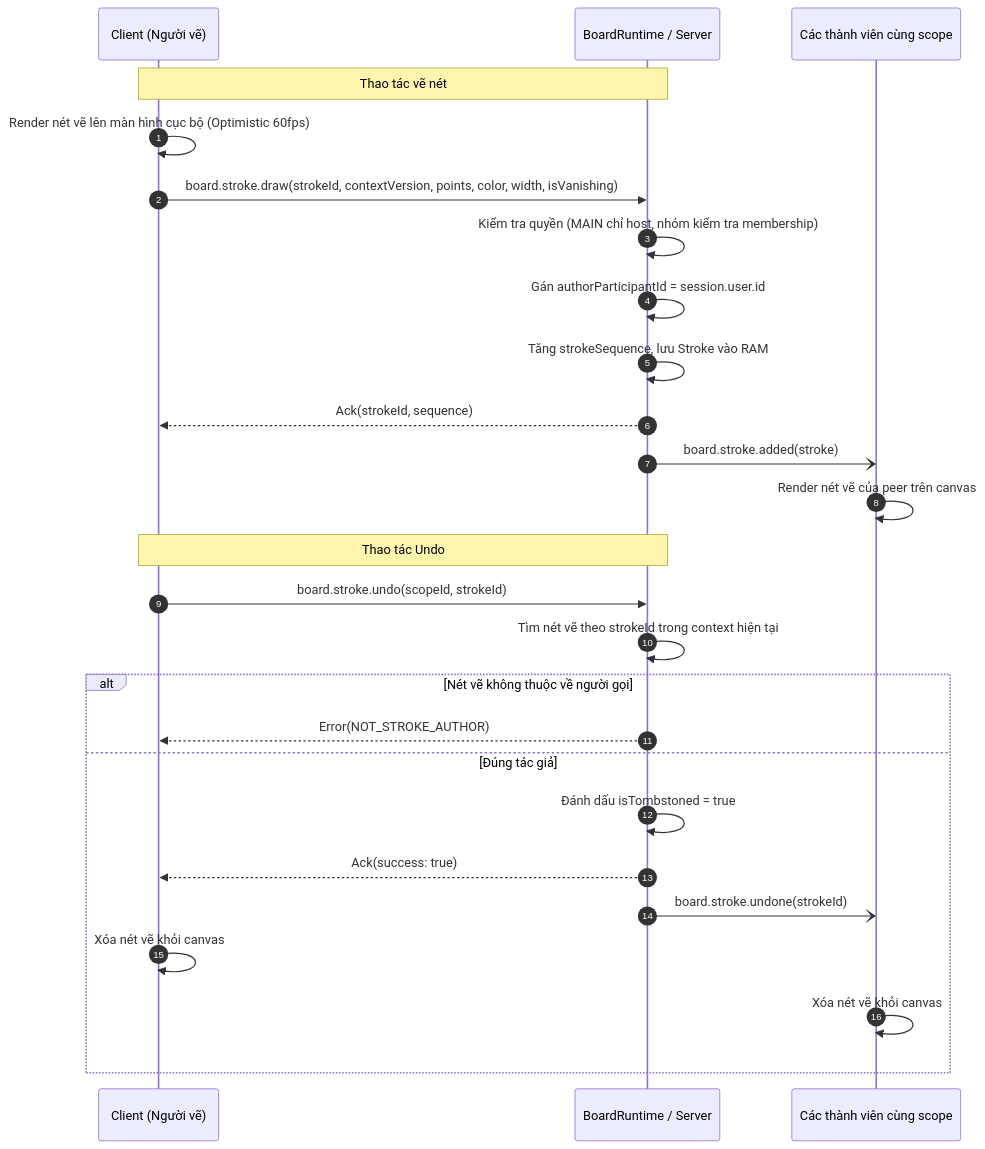
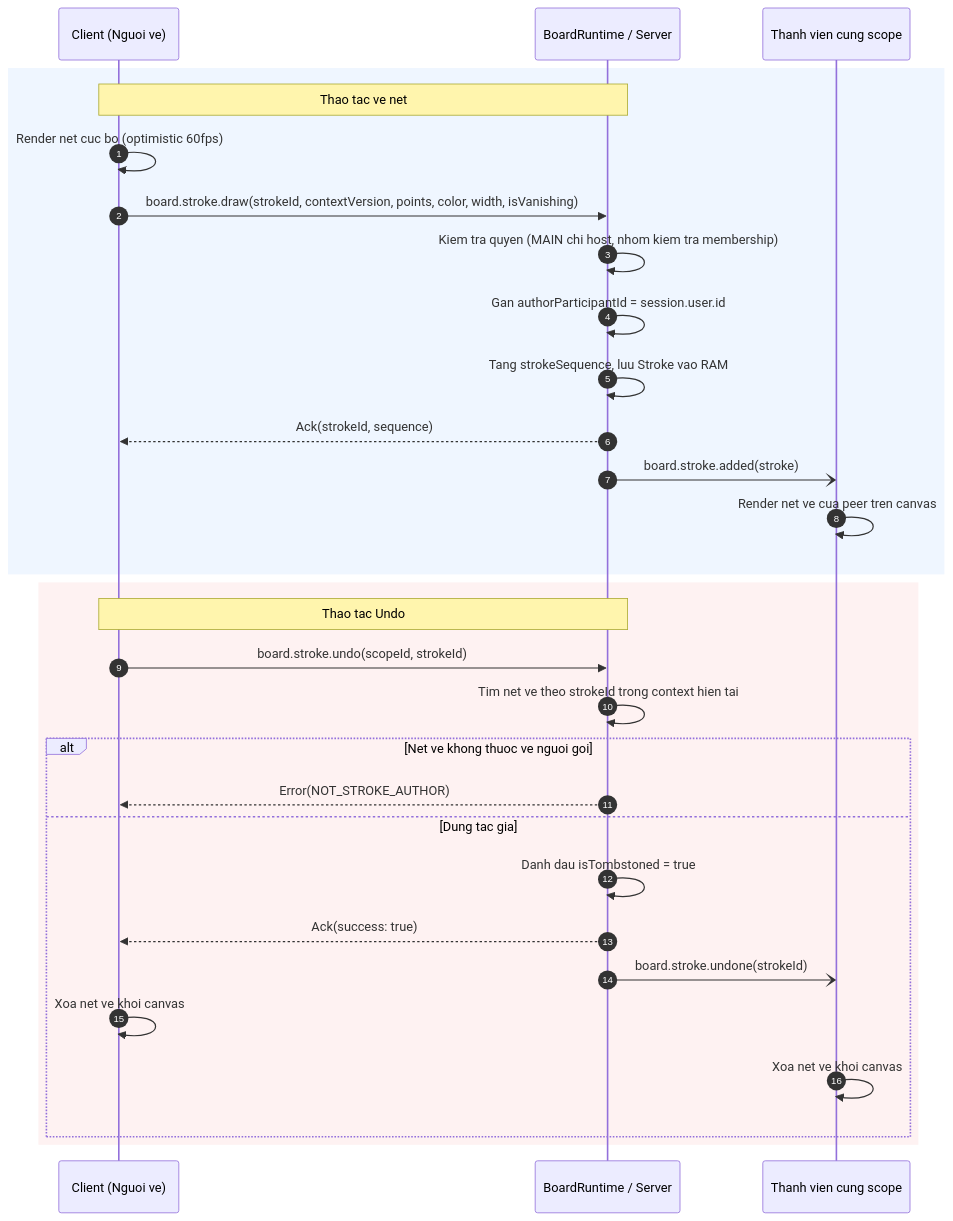
Before and after one commit to Lightning1507/CoLearnia: the seventh of 13 diagrams in docs/proposals/m5-board.md, drawn with Mermaid. The commit also changed other lines of this file, not shown here.

Commit message:
docs(board): enhance proposal with state machines, matrices, and glossary

````diff
--- a/docs/proposals/m5-board.md
+++ b/docs/proposals/m5-board.md
@@ -448,30 +643,34 @@
 ```mermaid
 sequenceDiagram
   autonumber
-  participant C as Client (Người vẽ)
+  participant C as Client (Nguoi ve)
   participant S as BoardRuntime / Server
-  participant P as Các thành viên cùng scope
+  participant P as Thanh vien cung scope
 
-  Note over C,S: Thao tác vẽ nét
-  C->>C: Render nét vẽ lên màn hình cục bộ (Optimistic 60fps)
-  C->>S: board.stroke.draw(strokeId, contextVersion, points, color, width, isVanishing)
-  S->>S: Kiểm tra quyền (MAIN chỉ host, nhóm kiểm tra membership)
-  S->>S: Gán authorParticipantId = session.user.id
-  S->>S: Tăng strokeSequence, lưu Stroke vào RAM
-  S-->>C: Ack(strokeId, sequence)
-  S-)P: board.stroke.added(stroke)
-  P->>P: Render nét vẽ của peer trên canvas
+  rect rgb(239, 246, 255)
+    Note over C,S: Thao tac ve net
+    C->>C: Render net cuc bo (optimistic 60fps)
+    C->>S: board.stroke.draw(strokeId, contextVersion, points, color, width, isVanishing)
+    S->>S: Kiem tra quyen (MAIN chi host, nhom kiem tra membership)
+    S->>S: Gan authorParticipantId = session.user.id
+    S->>S: Tang strokeSequence, luu Stroke vao RAM
+    S-->>C: Ack(strokeId, sequence)
+    S-)P: board.stroke.added(stroke)
+    P->>P: Render net ve cua peer tren canvas
+  end
 
-  Note over C,S: Thao tác Undo
-  C->>S: board.stroke.undo(scopeId, strokeId)
-  S->>S: Tìm nét vẽ theo strokeId trong context hiện tại
-  alt Nét vẽ không thuộc về người gọi
-    S-->>C: Error(NOT_STROKE_AUTHOR)
-  else Đúng tác giả
-    S->>S: Đánh dấu isTombstoned = true
-    S-->>C: Ack(success: true)
-    S-)P: board.stroke.undone(strokeId)
-    C->>C: Xóa nét vẽ khỏi canvas
-    P->>P: Xóa nét vẽ khỏi canvas
+  rect rgb(254, 242, 242)
+    Note over C,S: Thao tac Undo
+    C->>S: board.stroke.undo(scopeId, strokeId)
+    S->>S: Tim net ve theo strokeId trong context hien tai
+    alt Net ve khong thuoc ve nguoi goi
+      S-->>C: Error(NOT_STROKE_AUTHOR)
+    else Dung tac gia
+      S->>S: Danh dau isTombstoned = true
+      S-->>C: Ack(success: true)
+      S-)P: board.stroke.undone(strokeId)
+      C->>C: Xoa net ve khoi canvas
+      P->>P: Xoa net ve khoi canvas
+    end
   end
 ```
````
